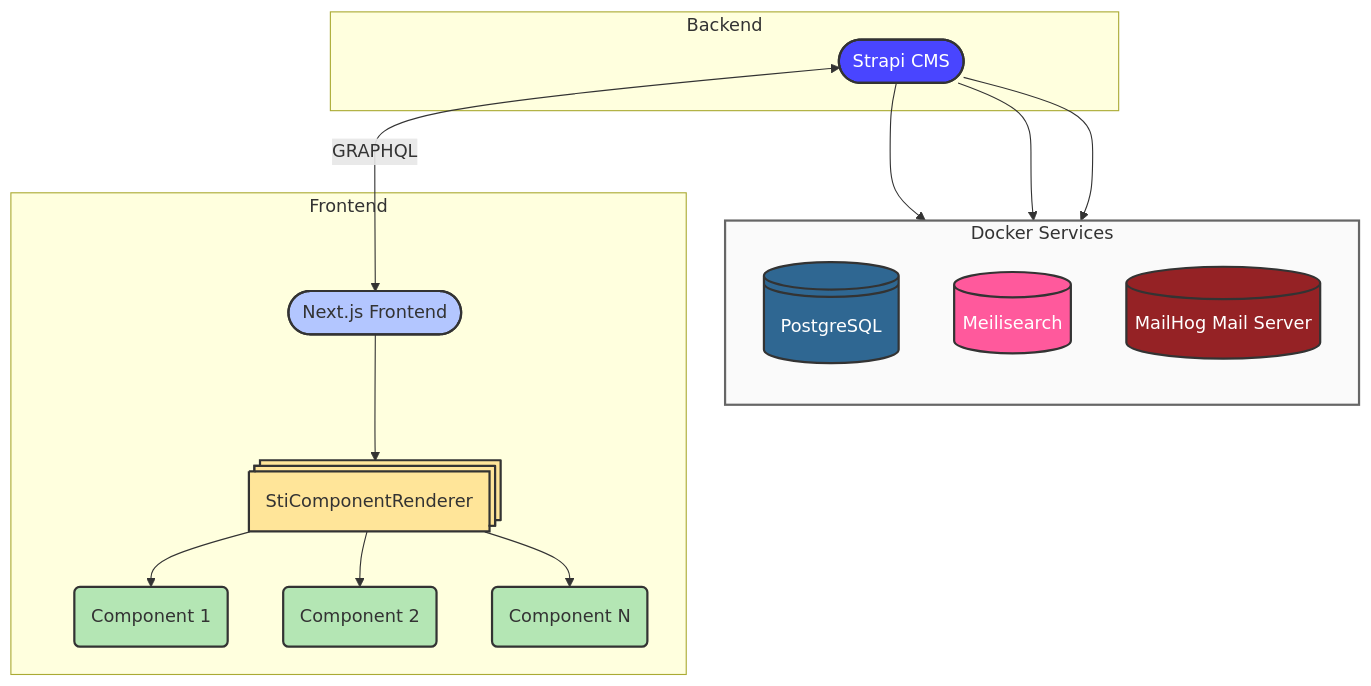
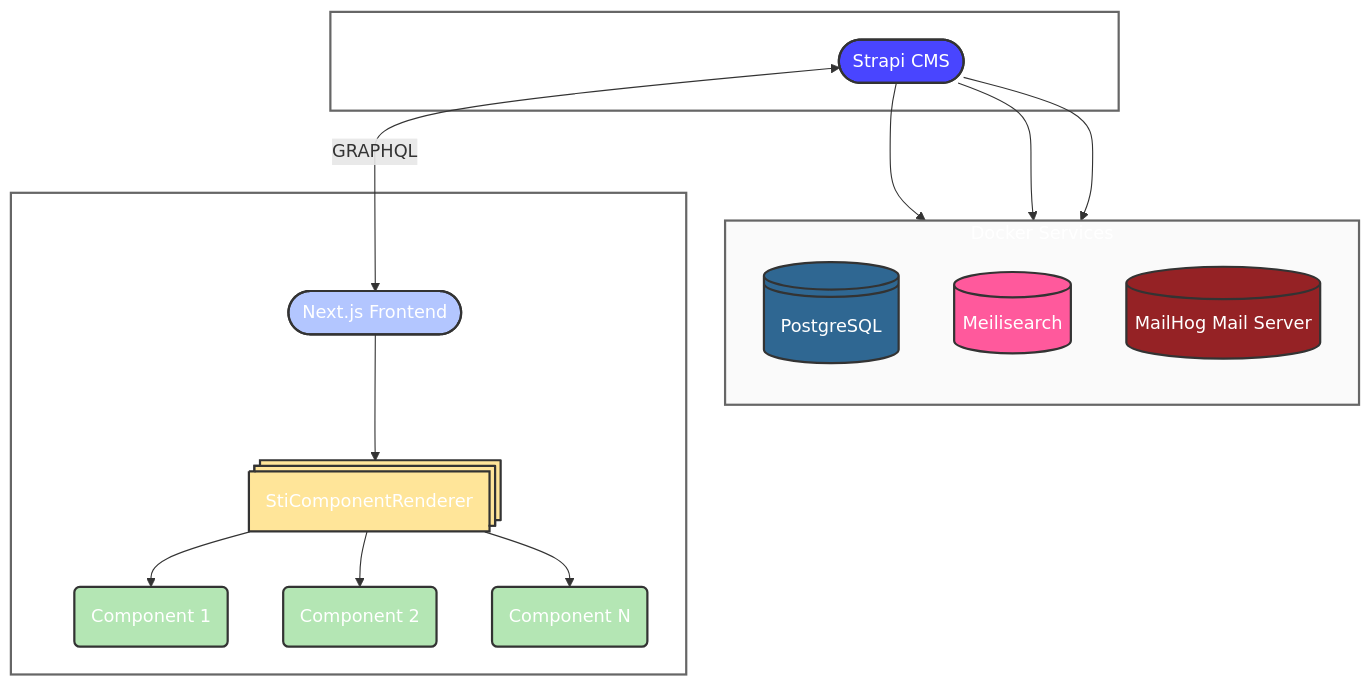
Before and after one commit to DoctorPok42/blog: the diagram in README.md, drawn with Mermaid.

````diff
--- a/README.md
+++ b/README.md
@@ -147,64 +147,67 @@
 ```mermaid
 flowchart TD
     %% ======================
     %% BACKEND
     %% ======================
     A([Strapi CMS]) <-->|GRAPHQL| B([Next.js Frontend])
 
     %% Dynamic components
     B --> C@{ shape: procs, label: "StiComponentRenderer" }
     C --> D(Component 1)
     C --> E(Component 2)
     C --> F(Component N)
 
 
     %% ======================
     %% DOCKER SERVICES
     %% ======================
     subgraph Docker["Docker Services"]
         direction TB
         G@{ shape: lin-cyl, label: "PostgreSQL" }
         H[(Meilisearch)]
         I[(MailHog Mail Server)]
     end
 
     %% Strapi depends on these services
     A --> G
     A --> H
     A --> I
 
     %% ======================
     %% GROUPS
     %% ======================
     subgraph Backend
         A
     end
 
     subgraph Frontend
         B
         C
         D
         E
         F
     end
 
     %% ======================
     %% STYLES
     %% ======================
 
     %% Backend
+    style Backend fill:#fff,stroke:#666,stroke-width:2px,color:#fff
     style A fill:#4945ff,stroke:#333,stroke-width:2px,color:#fff
 
     %% Frontend
-    style B fill:#b3c6ff,stroke:#333,stroke-width:2px
-    style C fill:#ffe599,stroke:#333,stroke-width:2px
-    style D fill:#b4e6b4,stroke:#333,stroke-width:2px
-    style E fill:#b4e6b4,stroke:#333,stroke-width:2px
-    style F fill:#b4e6b4,stroke:#333,stroke-width:2px
+    style Frontend fill:#fff,stroke:#666,stroke-width:2px,color:#fff
+    style B fill:#b3c6ff,stroke:#333,stroke-width:2px,color:#fff
+    style C fill:#ffe599,stroke:#333,stroke-width:2px,color:#fff
+    style D fill:#b4e6b4,stroke:#333,stroke-width:2px,color:#fff
+    style E fill:#b4e6b4,stroke:#333,stroke-width:2px,color:#fff
+    style F fill:#b4e6b4,stroke:#333,stroke-width:2px,color:#fff
 
     %% Docker Services
+    style Docker fill:#fff,stroke:#666,stroke-width:2px,color:#fff
     style Docker fill:#fafafa,stroke:#666,stroke-width:2px
     style G fill:#2f6792,stroke:#333,stroke-width:2px,color:#fff
     style H fill:#ff599c,stroke:#333,stroke-width:2px,color:#fff
     style I fill:#952225,stroke:#333,stroke-width:2px,color:#fff
 ```
````
